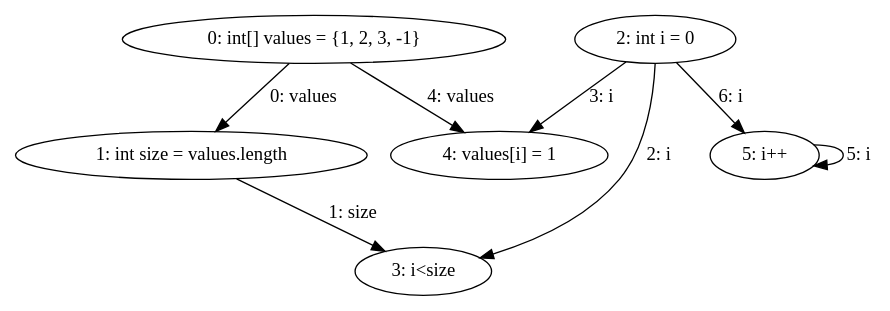
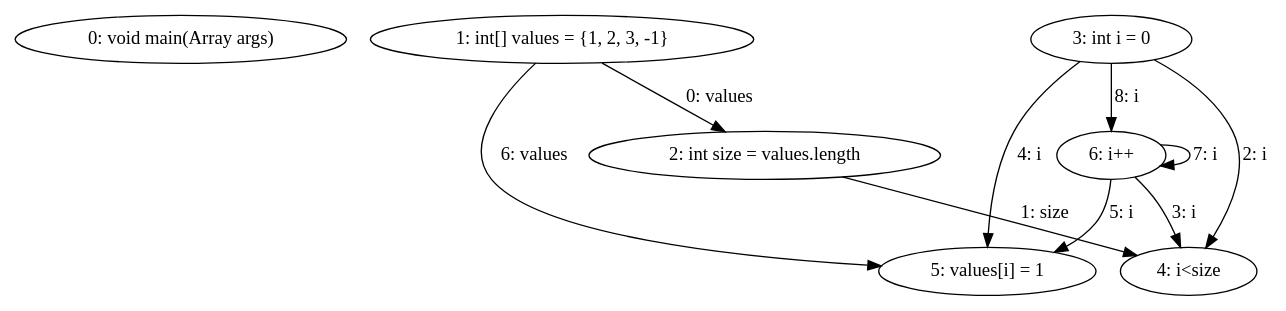
The diagram in export/for_example_dfg.dot (DominguesGM/comp_astanalyze), drawn with Graphviz before and after one commit. The commit also changed 25 other files, not shown here.

```diff
--- a/export/for_example_dfg.dot
+++ b/export/for_example_dfg.dot
@@ -1,15 +1,18 @@
 digraph G {
-  1 [ label="0: int[] values = {1, 2, 3, -1}" ];
-  2 [ label="1: int size = values.length" ];
-  3 [ label="2: int i = 0" ];
-  4 [ label="3: i<size" ];
-  5 [ label="4: values[i] = 1" ];
-  6 [ label="5: i++" ];
-  1 -> 2 [ label="0: values" ];
-  2 -> 4 [ label="1: size" ];
-  3 -> 4 [ label="2: i" ];
-  3 -> 5 [ label="3: i" ];
-  1 -> 5 [ label="4: values" ];
-  6 -> 6 [ label="5: i" ];
-  3 -> 6 [ label="6: i" ];
+  1 [ label="0: void main(Array args)" ];
+  2 [ label="1: int[] values = {1, 2, 3, -1}" ];
+  3 [ label="2: int size = values.length" ];
+  4 [ label="3: int i = 0" ];
+  5 [ label="4: i<size" ];
+  6 [ label="5: values[i] = 1" ];
+  7 [ label="6: i++" ];
+  2 -> 3 [ label="0: values" ];
+  3 -> 5 [ label="1: size" ];
+  4 -> 5 [ label="2: i" ];
+  7 -> 5 [ label="3: i" ];
+  4 -> 6 [ label="4: i" ];
+  7 -> 6 [ label="5: i" ];
+  2 -> 6 [ label="6: values" ];
+  7 -> 7 [ label="7: i" ];
+  4 -> 7 [ label="8: i" ];
 }
```
